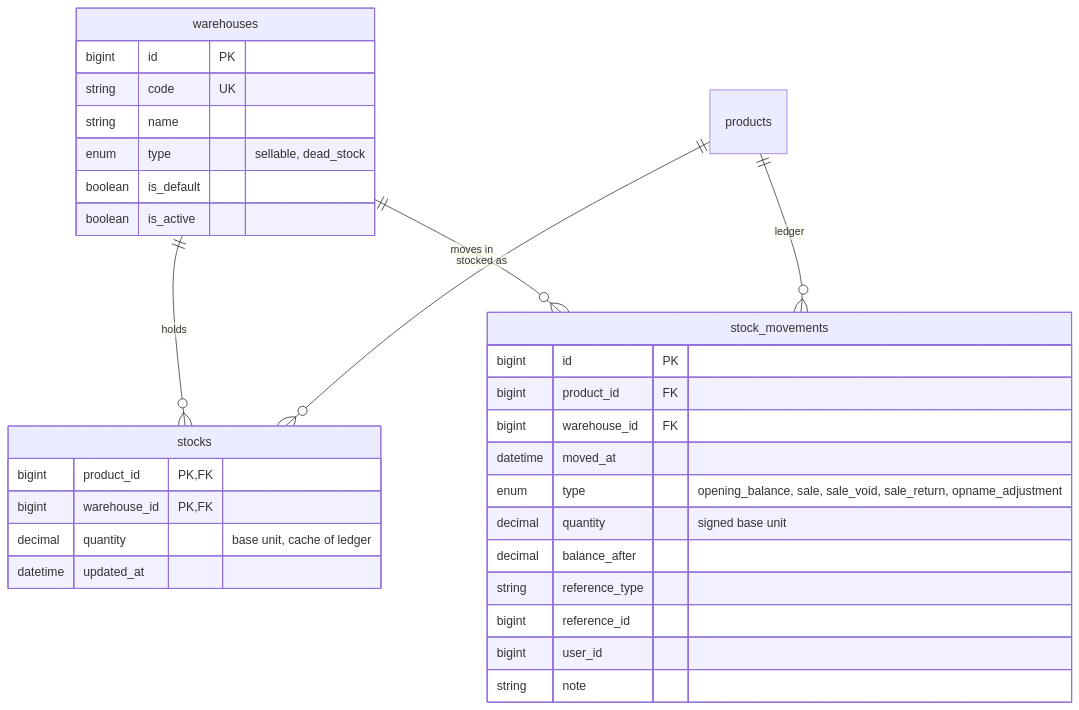
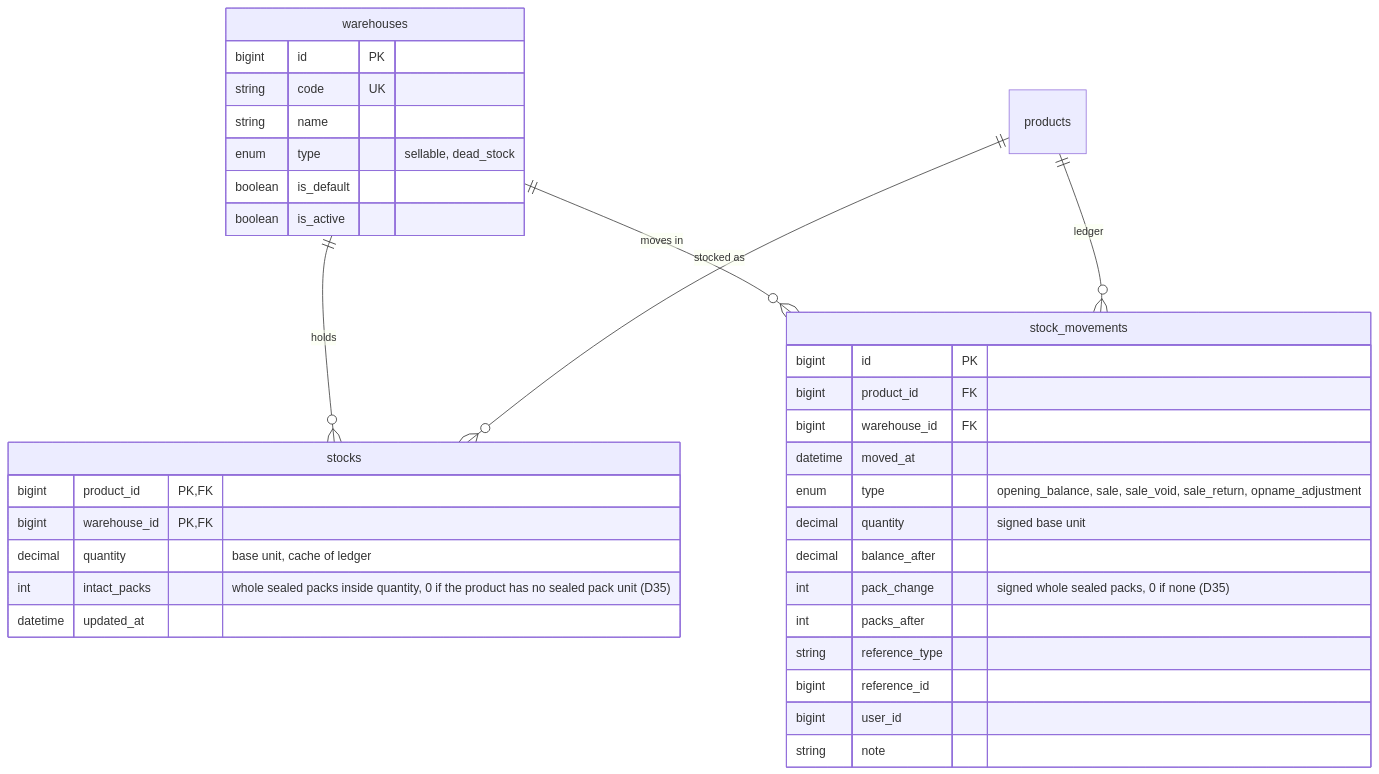
One commit to aliefpraditya/store-management changed diagram 22 of 30 in docs/analisis-sistem.md. Above: the diagram before and after it, drawn with Mermaid. The commit also changed other lines of this file and 77 other files, not shown here.

````diff
--- a/docs/analisis-sistem.md
+++ b/docs/analisis-sistem.md
@@ -1082,35 +1085,38 @@
 ```mermaid
 erDiagram
     warehouses ||--o{ stocks : "holds"
     products ||--o{ stocks : "stocked as"
     warehouses ||--o{ stock_movements : "moves in"
     products ||--o{ stock_movements : "ledger"
 
     warehouses {
         bigint id PK
         string code UK
         string name
         enum type "sellable, dead_stock"
         boolean is_default
         boolean is_active
     }
     stocks {
         bigint product_id PK, FK
         bigint warehouse_id PK, FK
         decimal quantity "base unit, cache of ledger"
+        int intact_packs "whole sealed packs inside quantity, 0 if the product has no sealed pack unit (D35)"
         datetime updated_at
     }
     stock_movements {
         bigint id PK
         bigint product_id FK
         bigint warehouse_id FK
         datetime moved_at
         enum type "opening_balance, sale, sale_void, sale_return, opname_adjustment"
         decimal quantity "signed base unit"
         decimal balance_after
+        int pack_change "signed whole sealed packs, 0 if none (D35)"
+        int packs_after
         string reference_type
         bigint reference_id
         bigint user_id
         string note
     }
 ```
````
